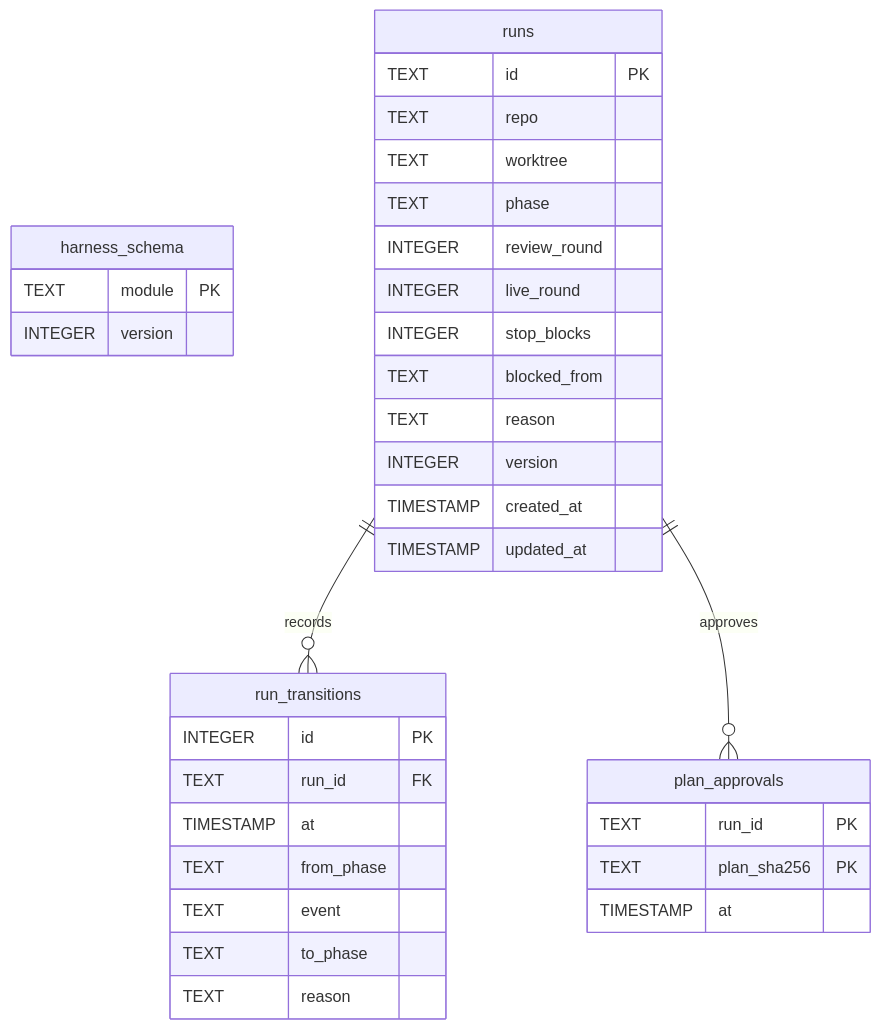
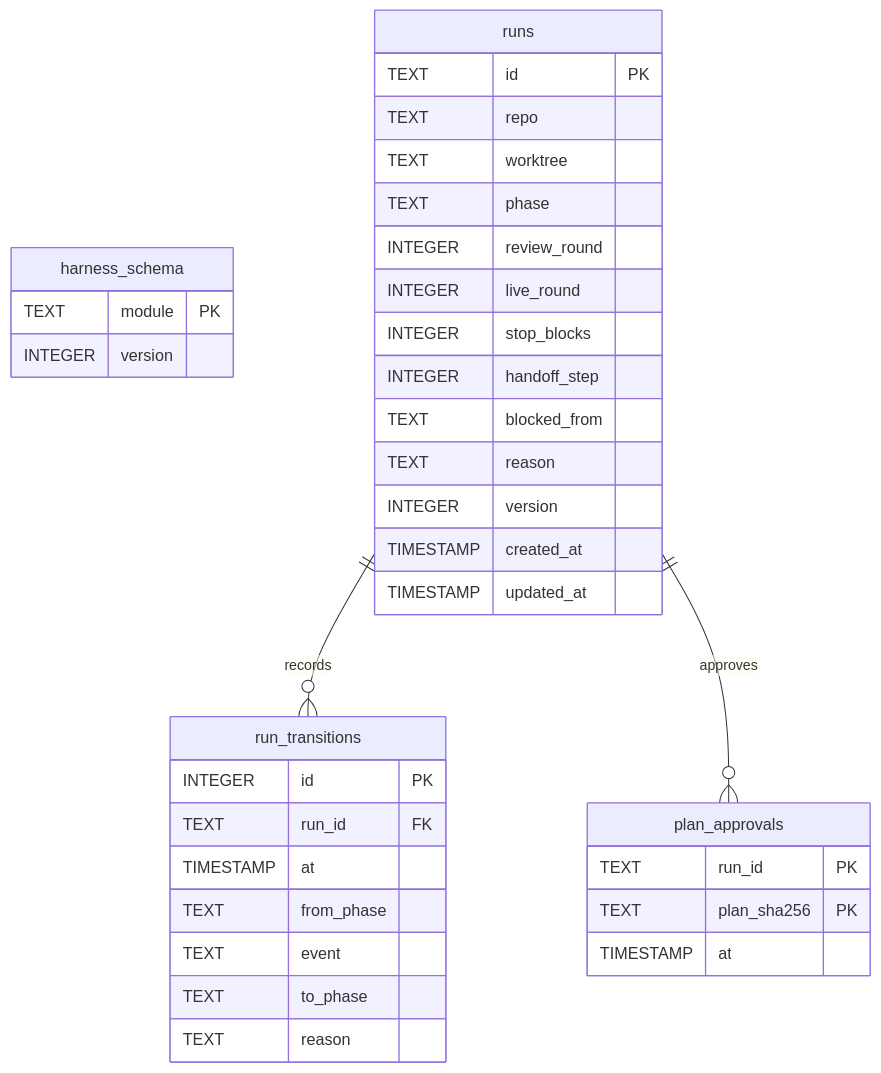
One commit to 90p-labs/harness changed the fourth of 6 diagrams in DESIGN.md. Above: the diagram before and after it, drawn with Mermaid. The commit also changed other lines of this file and 4 other files, not shown here.

````diff
--- a/DESIGN.md
+++ b/DESIGN.md
@@ -490,37 +509,38 @@
 ```mermaid
 erDiagram
     harness_schema {
         TEXT module PK
         INTEGER version
     }
     runs {
         TEXT id PK
         TEXT repo
         TEXT worktree
         TEXT phase
         INTEGER review_round
         INTEGER live_round
         INTEGER stop_blocks
+        INTEGER handoff_step
         TEXT blocked_from
         TEXT reason
         INTEGER version
         TIMESTAMP created_at
         TIMESTAMP updated_at
     }
     run_transitions {
         INTEGER id PK
         TEXT run_id FK
         TIMESTAMP at
         TEXT from_phase
         TEXT event
         TEXT to_phase
         TEXT reason
     }
     plan_approvals {
         TEXT run_id PK
         TEXT plan_sha256 PK
         TIMESTAMP at
     }
     runs ||--o{ run_transitions : records
     runs ||--o{ plan_approvals : approves
 ```
````
